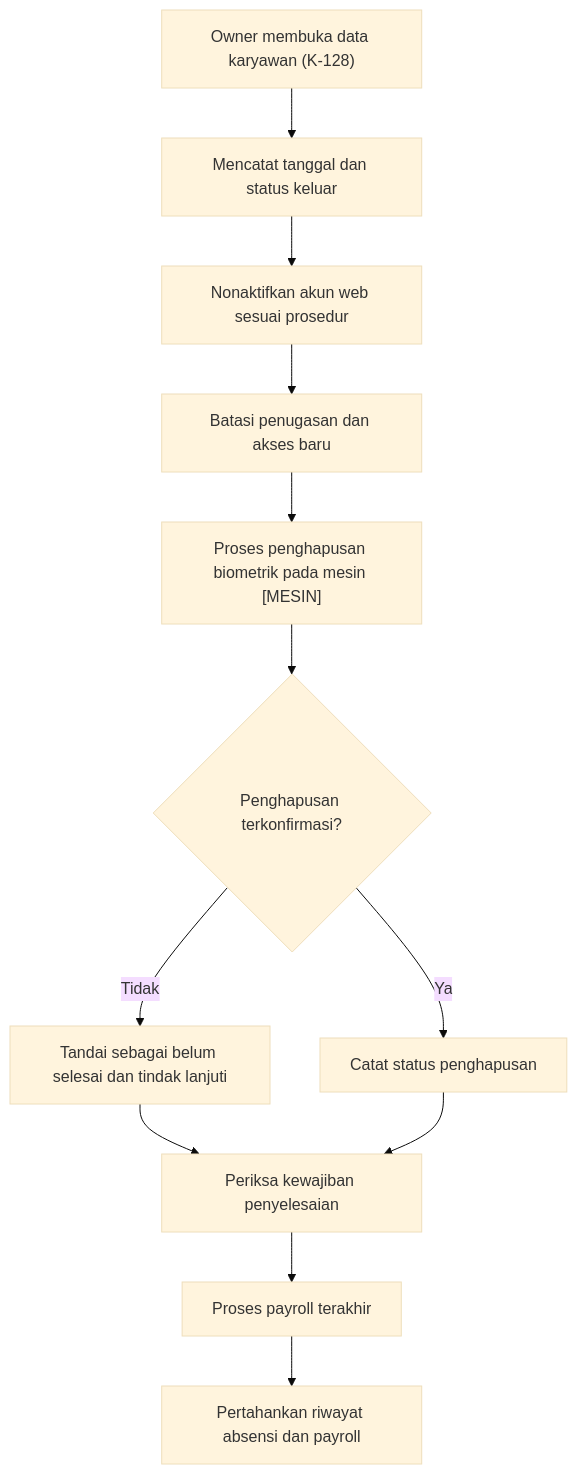
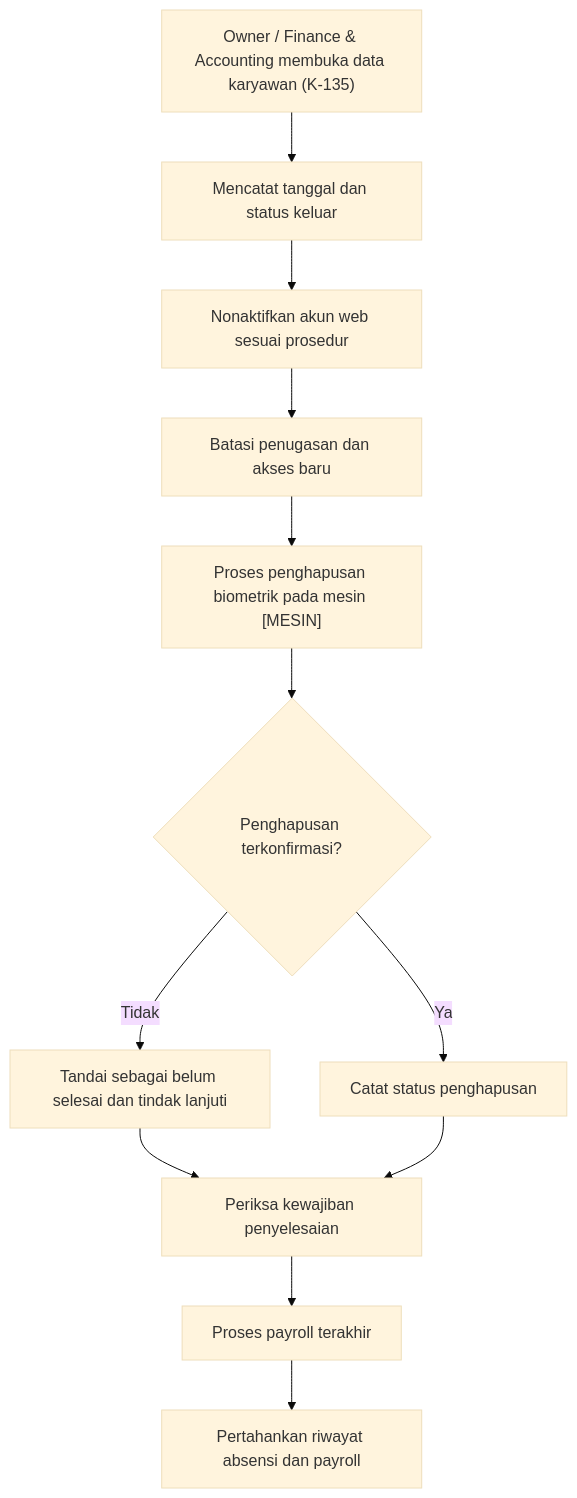
One commit to nflFauzan/Biometric-Attendence-System changed diagram 11 of 13 in docs/alur.md. Above: the diagram before and after it, drawn with Mermaid (base theme). The commit also changed other lines of this file and 7 other files, not shown here.

````diff
--- a/docs/alur.md
+++ b/docs/alur.md
@@ -432,14 +432,14 @@
 ```mermaid
 flowchart TD
-    A["Owner membuka data karyawan (K-128)"] --> B["Mencatat tanggal dan status keluar"]
+    A["Owner / Finance & Accounting membuka data karyawan (K-135)"] --> B["Mencatat tanggal dan status keluar"]
     B --> C["Nonaktifkan akun web sesuai prosedur"]
     C --> D["Batasi penugasan dan akses baru"]
     D --> E["Proses penghapusan biometrik pada mesin [MESIN]"]
     E --> F{"Penghapusan terkonfirmasi?"}
     F -- "Tidak" --> G["Tandai sebagai belum selesai dan tindak lanjuti"]
     F -- "Ya" --> H["Catat status penghapusan"]
     G --> I["Periksa kewajiban penyelesaian"]
     H --> I
     I --> J["Proses payroll terakhir"]
     J --> K["Pertahankan riwayat absensi dan payroll"]
 ```
````
